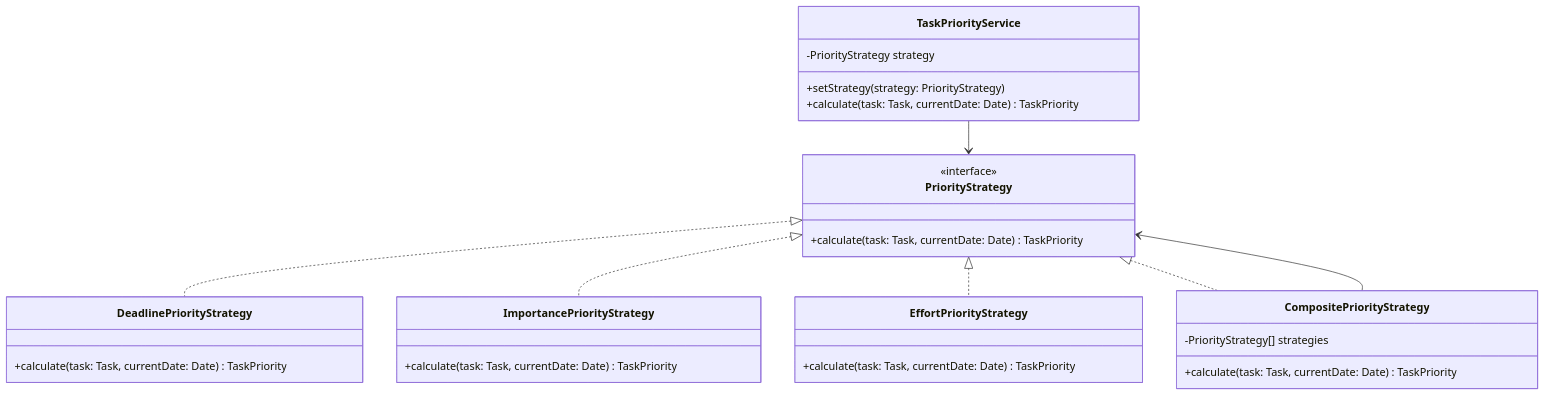
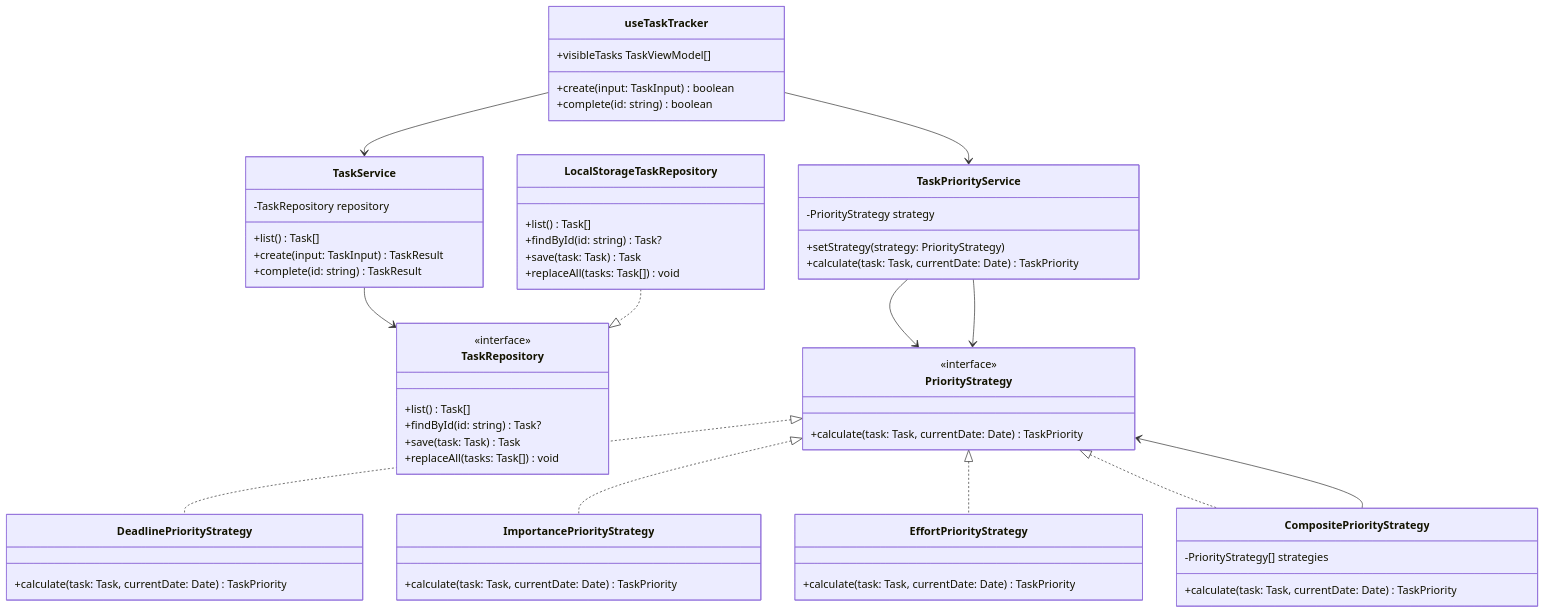
One commit to aleksandrsahilcenoks/task-tracker changed the diagram in docs/diagrams/priority-strategy-class-diagram.md. Above: the diagram before and after it, drawn with Mermaid.

Commit message:
docs: update priority class diagram

````diff
--- a/docs/diagrams/priority-strategy-class-diagram.md
+++ b/docs/diagrams/priority-strategy-class-diagram.md
@@ -3,37 +3,70 @@
 ```mermaid
 classDiagram
     class TaskPriorityService {
       -PriorityStrategy strategy
       +setStrategy(strategy: PriorityStrategy)
       +calculate(task: Task, currentDate: Date) TaskPriority
+    }
+
+    class TaskService {
+      -TaskRepository repository
+      +list() Task[]
+      +create(input: TaskInput) TaskResult
+      +complete(id: string) TaskResult
+    }
+
+    class TaskRepository {
+      <<interface>>
+      +list() Task[]
+      +findById(id: string) Task?
+      +save(task: Task) Task
+      +replaceAll(tasks: Task[]) void
+    }
+
+    class LocalStorageTaskRepository {
+      +list() Task[]
+      +findById(id: string) Task?
+      +save(task: Task) Task
+      +replaceAll(tasks: Task[]) void
+    }
+
+    class useTaskTracker {
+      +create(input: TaskInput) boolean
+      +complete(id: string) boolean
+      +visibleTasks TaskViewModel[]
     }
 
     class PriorityStrategy {
       <<interface>>
       +calculate(task: Task, currentDate: Date) TaskPriority
     }
 
     class DeadlinePriorityStrategy {
       +calculate(task: Task, currentDate: Date) TaskPriority
     }
 
     class ImportancePriorityStrategy {
       +calculate(task: Task, currentDate: Date) TaskPriority
     }
 
     class EffortPriorityStrategy {
       +calculate(task: Task, currentDate: Date) TaskPriority
     }
 
     class CompositePriorityStrategy {
       -PriorityStrategy[] strategies
       +calculate(task: Task, currentDate: Date) TaskPriority
     }
 
     TaskPriorityService --> PriorityStrategy
     PriorityStrategy <|.. DeadlinePriorityStrategy
     PriorityStrategy <|.. ImportancePriorityStrategy
     PriorityStrategy <|.. EffortPriorityStrategy
     PriorityStrategy <|.. CompositePriorityStrategy
     CompositePriorityStrategy --> PriorityStrategy
+    TaskPriorityService --> PriorityStrategy
+    TaskService --> TaskRepository
+    LocalStorageTaskRepository ..|> TaskRepository
+    useTaskTracker --> TaskService
+    useTaskTracker --> TaskPriorityService
 ```
````
